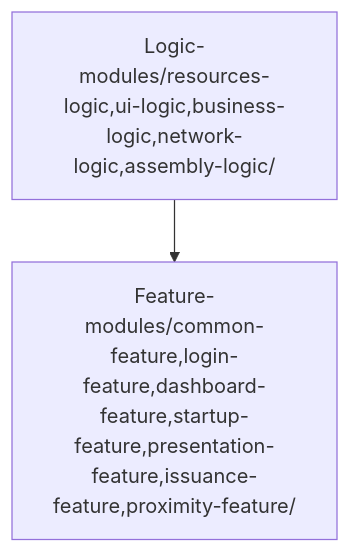
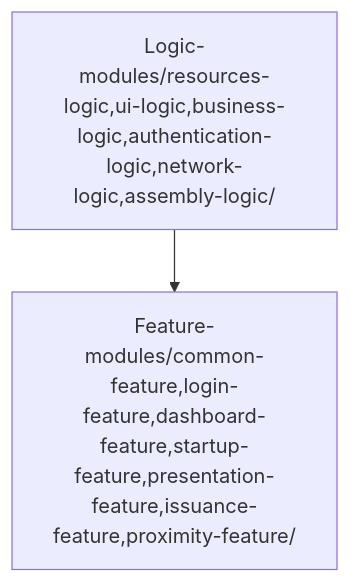
The diagram in README.md (eu-digital-identity-wallet/eudi-app-android-wallet-ui), drawn with Mermaid before and after one commit. The commit also changed other lines of this file and 47 other files, not shown here.

Commit message:
New logic-authentication module to handle pin/Biometry Storage and Biometrics Logic, refactoring, unit tests adjustments

````diff
--- a/README.md
+++ b/README.md
@@ -186,4 +188,4 @@
 ```mermaid
 graph TD;
-    Logic-modules/resources-logic,ui-logic,business-logic,network-logic,assembly-logic/-->Feature-modules/common-feature,login-feature,dashboard-feature,startup-feature,presentation-feature,issuance-feature,proximity-feature/;
+    Logic-modules/resources-logic,ui-logic,business-logic,authentication-logic,network-logic,assembly-logic/-->Feature-modules/common-feature,login-feature,dashboard-feature,startup-feature,presentation-feature,issuance-feature,proximity-feature/;
 ```
````
